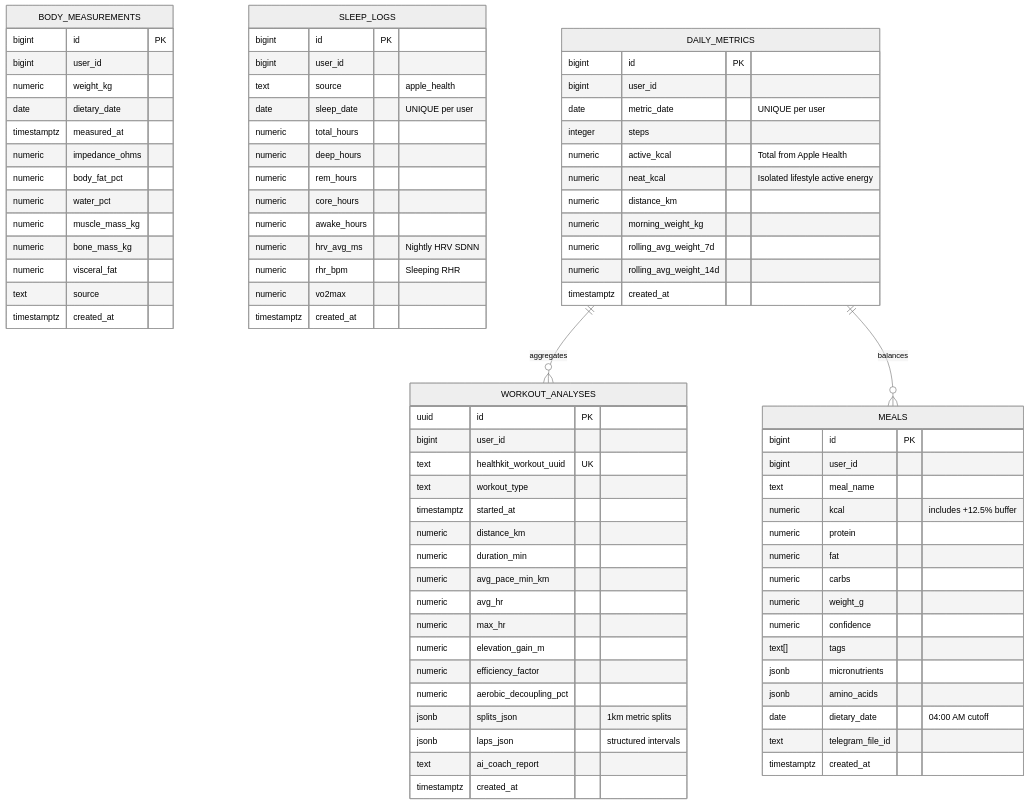
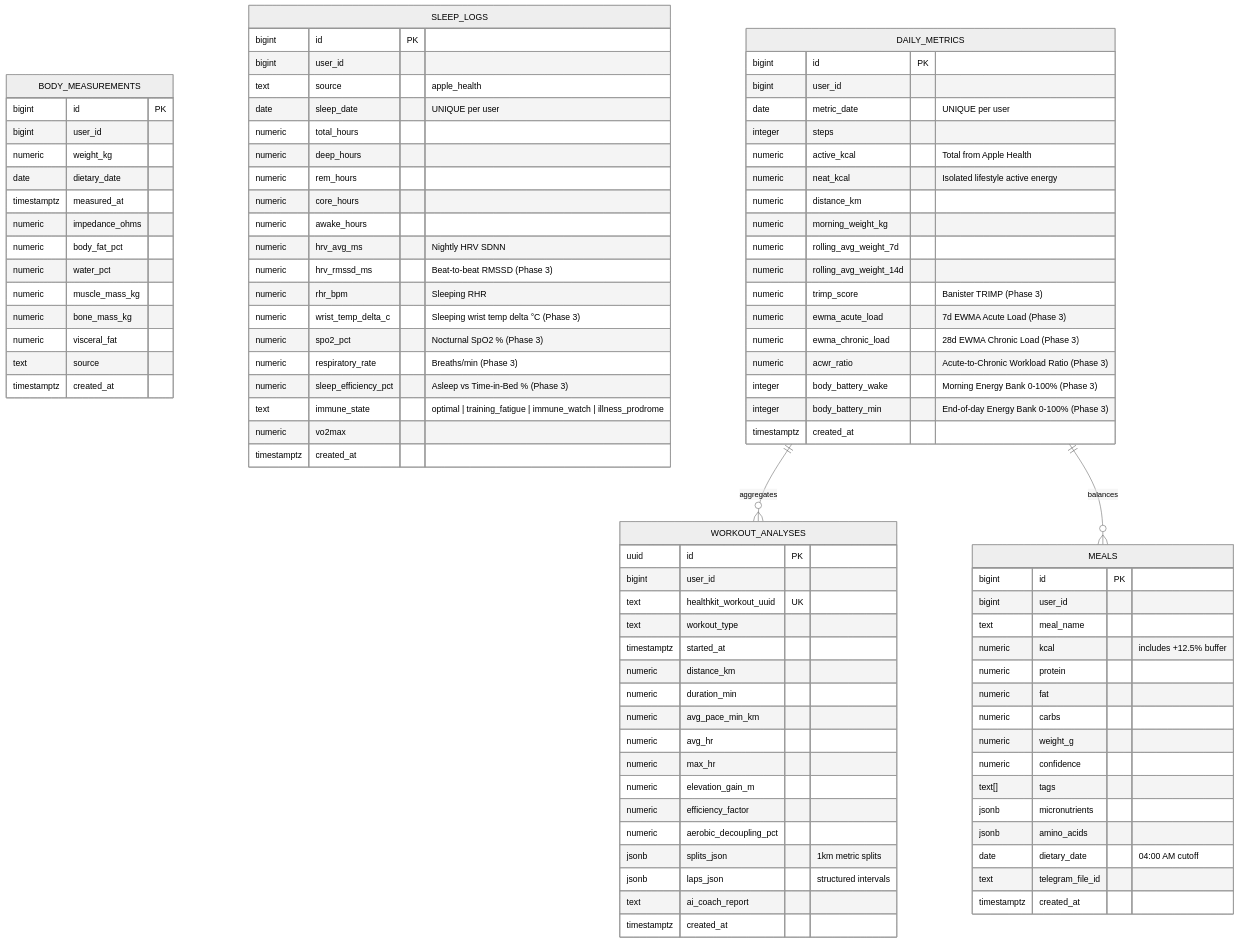
One commit to skycherepanya/calories-bot-mvp changed the diagram in docs/DATABASE.md. Above: the diagram before and after it, drawn with Mermaid (neutral theme). The commit also changed other lines of this file and 8 other files, not shown here.

Commit message:
docs: add Lifecore 3.0 physiological engine spec, implementation plan, and roadmap integration

```diff
--- a/docs/DATABASE.md
+++ b/docs/DATABASE.md
@@ -94,7 +94,13 @@
         numeric core_hours
         numeric awake_hours
         numeric hrv_avg_ms "Nightly HRV SDNN"
+        numeric hrv_rmssd_ms "Beat-to-beat RMSSD (Phase 3)"
         numeric rhr_bpm "Sleeping RHR"
+        numeric wrist_temp_delta_c "Sleeping wrist temp delta °C (Phase 3)"
+        numeric spo2_pct "Nocturnal SpO2 % (Phase 3)"
+        numeric respiratory_rate "Breaths/min (Phase 3)"
+        numeric sleep_efficiency_pct "Asleep vs Time-in-Bed % (Phase 3)"
+        text immune_state "optimal | training_fatigue | immune_watch | illness_prodrome"
         numeric vo2max
         timestamptz created_at
     }
@@ -110,6 +116,12 @@
         numeric morning_weight_kg
         numeric rolling_avg_weight_7d
         numeric rolling_avg_weight_14d
+        numeric trimp_score "Banister TRIMP (Phase 3)"
+        numeric ewma_acute_load "7d EWMA Acute Load (Phase 3)"
+        numeric ewma_chronic_load "28d EWMA Chronic Load (Phase 3)"
+        numeric acwr_ratio "Acute-to-Chronic Workload Ratio (Phase 3)"
+        integer body_battery_wake "Morning Energy Bank 0-100% (Phase 3)"
+        integer body_battery_min "End-of-day Energy Bank 0-100% (Phase 3)"
         timestamptz created_at
     }
 
```
